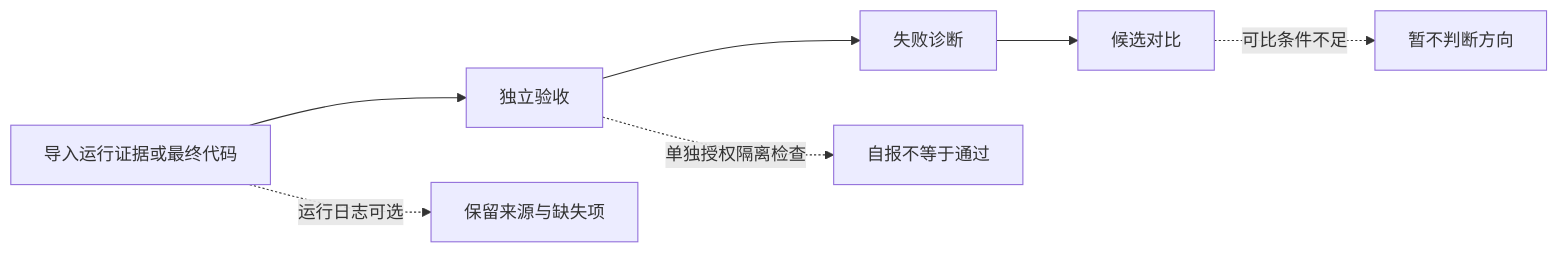
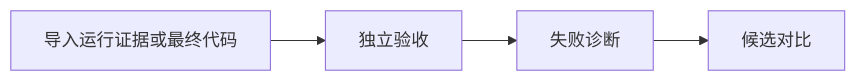
Before and after one commit to a27497/samescale: the diagram in README.md, drawn with Mermaid. The commit also changed 2 other files, not shown here.

Commit message:
Keep README workflow diagram focused on four product steps

````diff
--- a/README.md
+++ b/README.md
@@ -11,9 +11,6 @@
 ```mermaid
 flowchart LR
     A[导入运行证据或最终代码] --> B[独立验收]
     B --> C[失败诊断]
     C --> D[候选对比]
-    A -. 运行日志可选 .-> E[保留来源与缺失项]
-    B -. 单独授权隔离检查 .-> F[自报不等于通过]
-    D -. 可比条件不足 .-> G[暂不判断方向]
 ```
````
